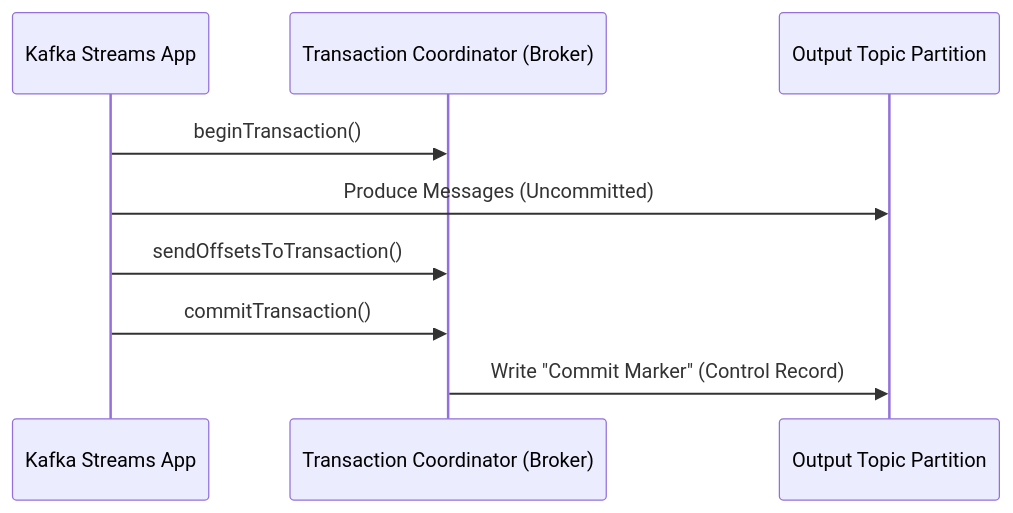
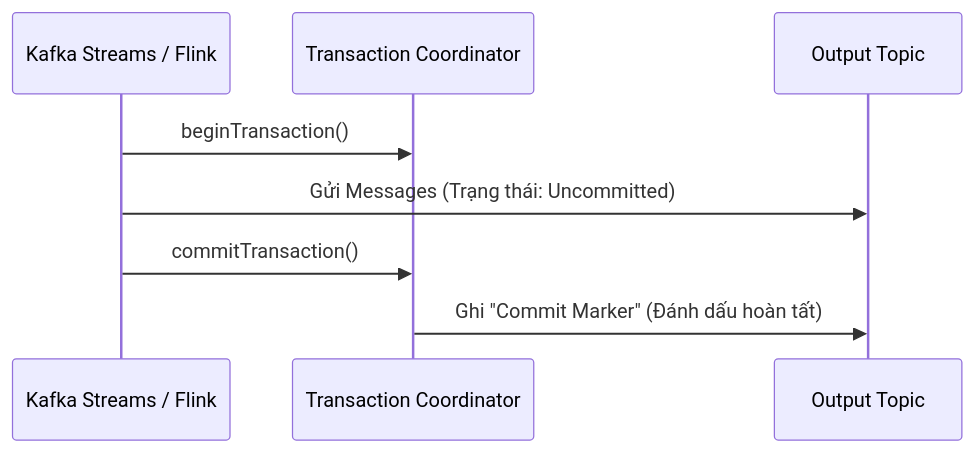
The first of 2 diagrams in src/content/docs/concepts/5-stream-processing-realtime/exactly-once-semantics.md (kythuatdulieu/kythuatdulieu.github.io), drawn with Mermaid before and after one commit. The commit also changed other lines of this file and 228 other files, not shown here.

Commit message:
Fix syntax and rewrite 200+ concepts docs to deep-dive system architecture and add GA4 tracking to quiz app

````diff
--- a/src/content/docs/concepts/5-stream-processing-realtime/exactly-once-semantics.md
+++ b/src/content/docs/concepts/5-stream-processing-realtime/exactly-once-semantics.md
@@ -73,12 +73,11 @@
 ```mermaid
 sequenceDiagram
-    participant App as Kafka Streams App
-    participant TC as Transaction Coordinator (Broker)
-    participant Output as Output Topic Partition
+    participant App as Kafka Streams / Flink
+    participant TC as Transaction Coordinator
+    participant Output as Output Topic
     
     App->>TC: beginTransaction()
-    App->>Output: Produce Messages (Uncommitted)
-    App->>TC: sendOffsetsToTransaction()
+    App->>Output: Gửi Messages (Trạng thái: Uncommitted)
     App->>TC: commitTransaction()
-    TC->>Output: Write "Commit Marker" (Control Record)
+    TC->>Output: Ghi "Commit Marker" (Đánh dấu hoàn tất)
 ```
````
